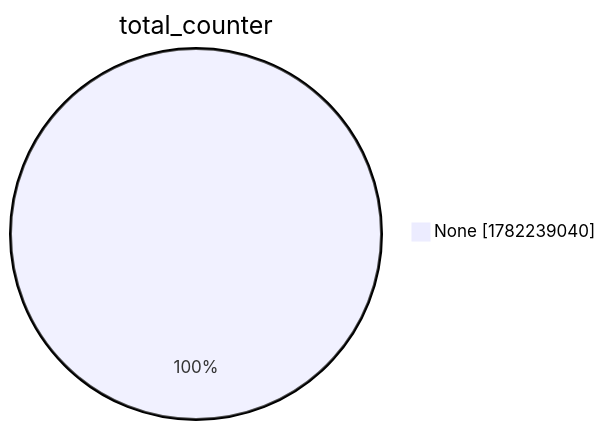
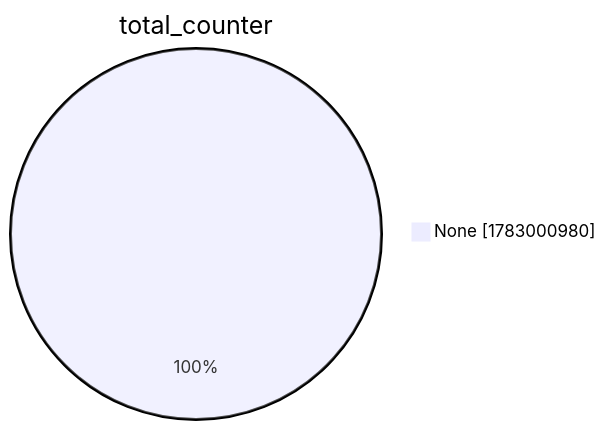
One commit to christiankrug/ctmonitor_visualization changed the second of 15 diagrams in xenon2022/README.md. Above: the diagram before and after it, drawn with Mermaid. The commit also changed other lines of this file, not shown here.

````diff
--- a/xenon2022/README.md
+++ b/xenon2022/README.md
@@ -9,5 +9,5 @@
 ```mermaid
 pie showData
 title total_counter
-"None" :1782239040
+"None" :1783000980
 ```
````
